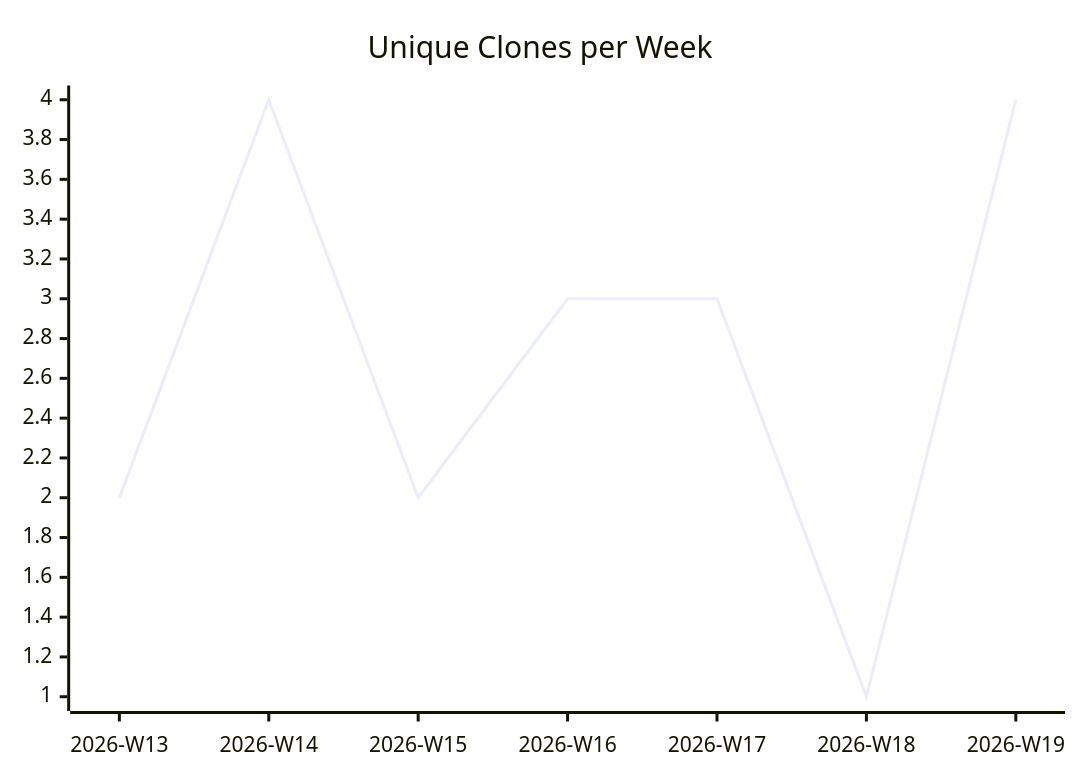
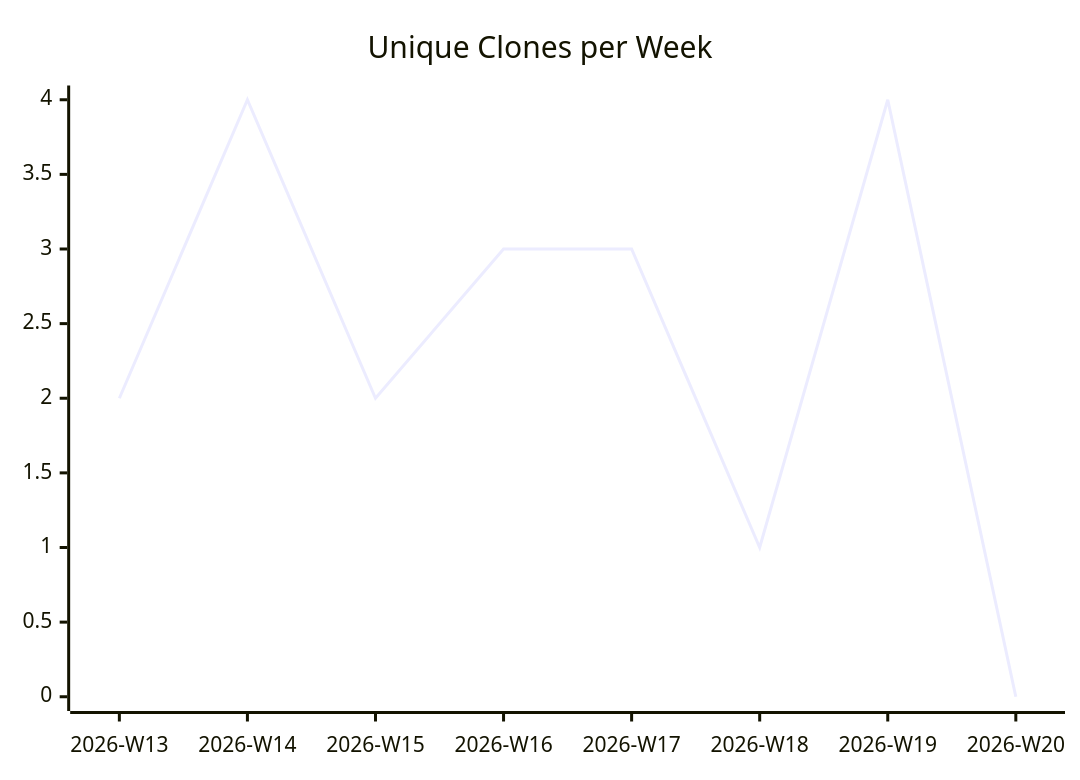
One commit to justdavis-family/github-analytics-data changed the third of 3 diagrams in karlmdavis/workstation-base-ansible-role/README.md. Above: the diagram before and after it, drawn with Mermaid. The commit also changed other lines of this file and 190 other files, not shown here.

````diff
--- a/karlmdavis/workstation-base-ansible-role/README.md
+++ b/karlmdavis/workstation-base-ansible-role/README.md
@@ -19,6 +19,6 @@
 ```mermaid
 xychart-beta
   title "Unique Clones per Week"
-  x-axis ["2026-W13", "2026-W14", "2026-W15", "2026-W16", "2026-W17", "2026-W18", "2026-W19"]
-  line [2, 4, 2, 3, 3, 1, 4]
+  x-axis ["2026-W13", "2026-W14", "2026-W15", "2026-W16", "2026-W17", "2026-W18", "2026-W19", "2026-W20"]
+  line [2, 4, 2, 3, 3, 1, 4, 0]
 ```
````
